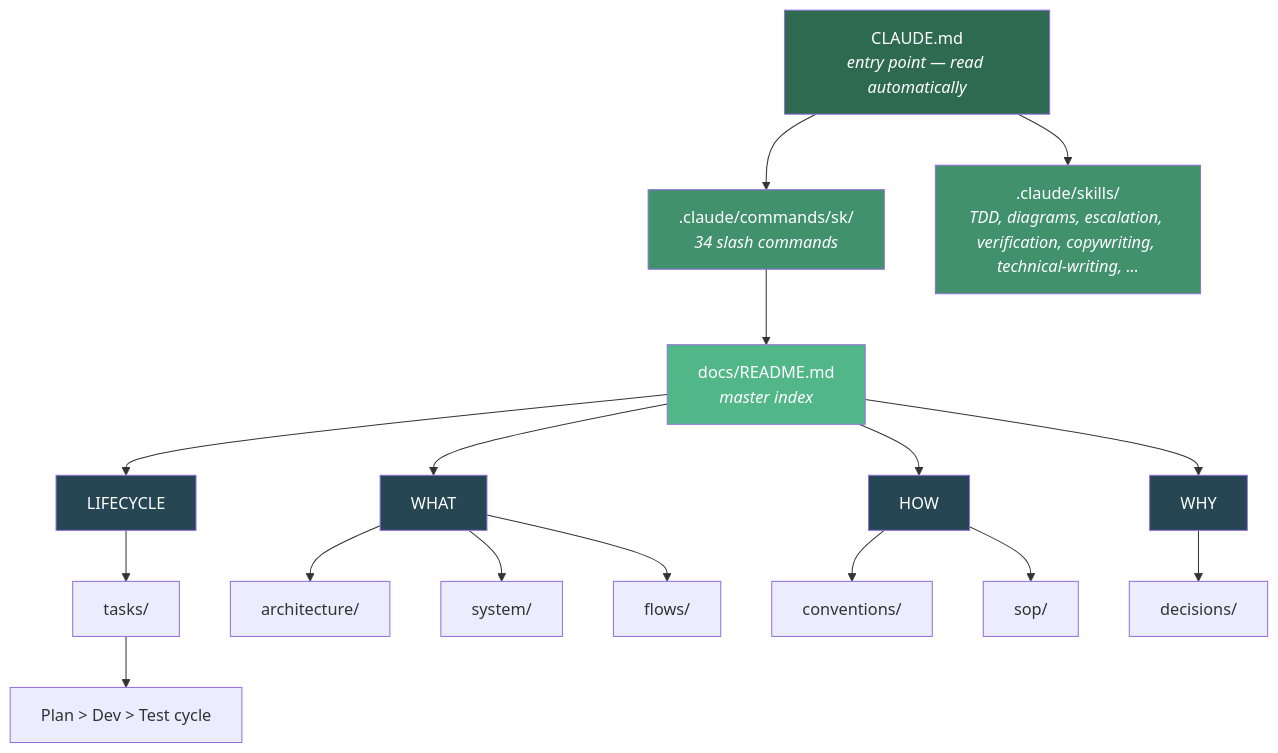
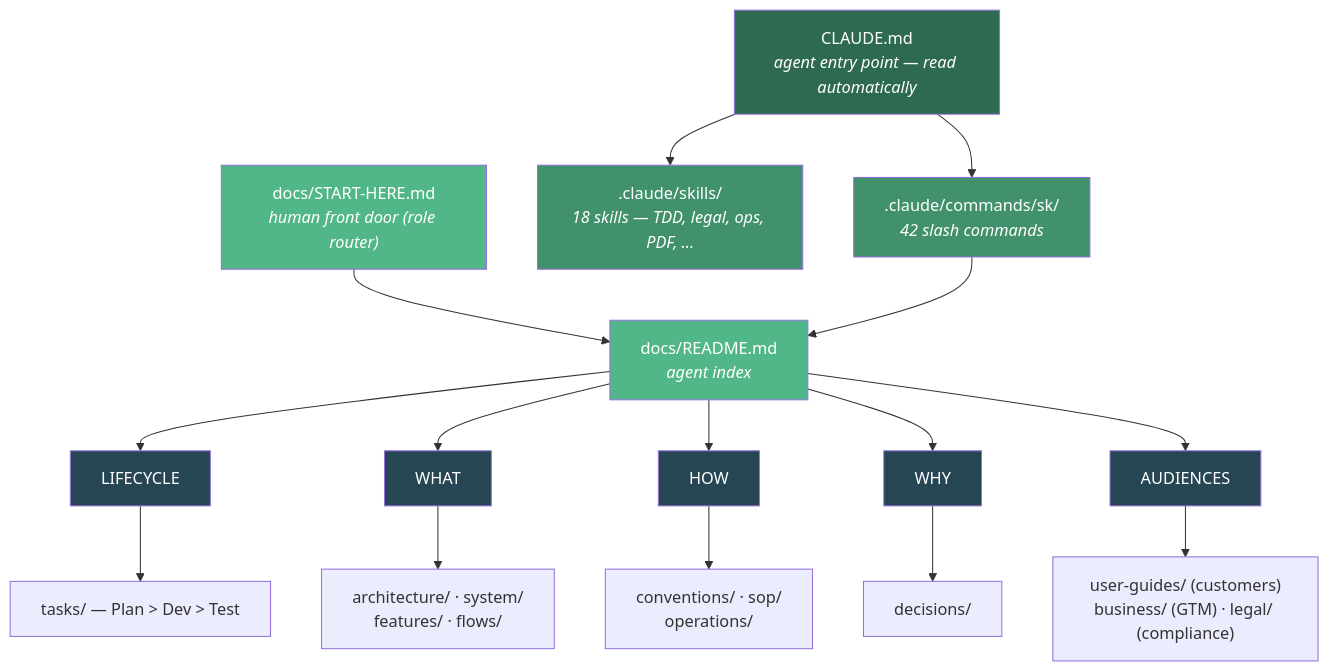
Before and after one commit to moniav/sk: the first of 5 diagrams in Readme.md, drawn with Mermaid. The commit also changed other lines of this file and 144 other files, not shown here.

First line of the commit message:
feat: v1.8.0 — multi-audience doc system, domain experts, PDF export

````diff
--- a/Readme.md
+++ b/Readme.md
@@ -32,32 +40,30 @@
 ```mermaid
 graph TD
-    A["CLAUDE.md<br/><i>entry point — read automatically</i>"] --> B[".claude/commands/sk/<br/><i>34 slash commands</i>"]
-    A --> B2[".claude/skills/<br/><i>TDD, diagrams, escalation, verification, copywriting, technical-writing, ...</i>"]
-    B --> C["docs/README.md<br/><i>master index</i>"]
+    A["CLAUDE.md<br/><i>agent entry point — read automatically</i>"] --> B[".claude/commands/sk/<br/><i>42 slash commands</i>"]
+    A --> B2[".claude/skills/<br/><i>18 skills — TDD, legal, ops, PDF, ...</i>"]
+    SH["docs/START-HERE.md<br/><i>human front door (role router)</i>"] --> C
+    B --> C["docs/README.md<br/><i>agent index</i>"]
 
     C --> D["LIFECYCLE"]
     C --> E["WHAT"]
+    C --> G["HOW"]
     C --> F["WHY"]
-    C --> G["HOW"]
+    C --> H["AUDIENCES"]
 
-    D --> D1["tasks/"]
-    D1 --> D2["Plan > Dev > Test cycle"]
-
-    E --> E1["architecture/"]
-    E --> E2["system/"]
-    E --> E3["flows/"]
-
-    G --> G1["conventions/"]
-    G --> G2["sop/"]
-
+    D --> D1["tasks/ — Plan > Dev > Test"]
+    E --> E1["architecture/ · system/<br/>features/ · flows/"]
+    G --> G1["conventions/ · sop/<br/>operations/"]
     F --> F1["decisions/"]
+    H --> H1["user-guides/ (customers)<br/>business/ (GTM) · legal/ (compliance)"]
 
     style A fill:#2d6a4f,color:#fff
     style B fill:#40916c,color:#fff
     style B2 fill:#40916c,color:#fff
+    style SH fill:#52b788,color:#fff
     style C fill:#52b788,color:#fff
     style D fill:#264653,color:#fff
     style E fill:#264653,color:#fff
     style F fill:#264653,color:#fff
     style G fill:#264653,color:#fff
+    style H fill:#264653,color:#fff
 ```
````
